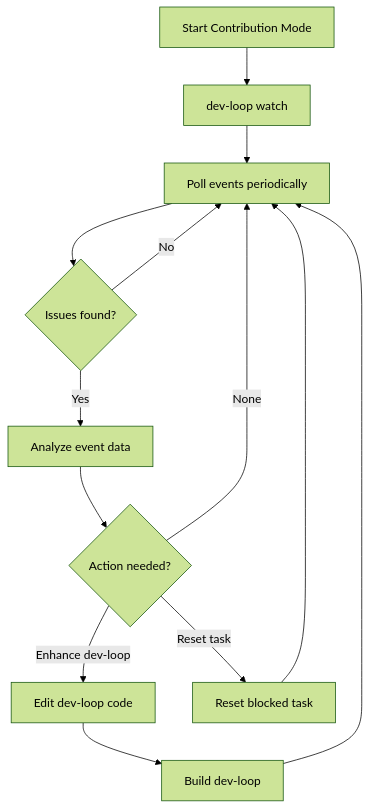
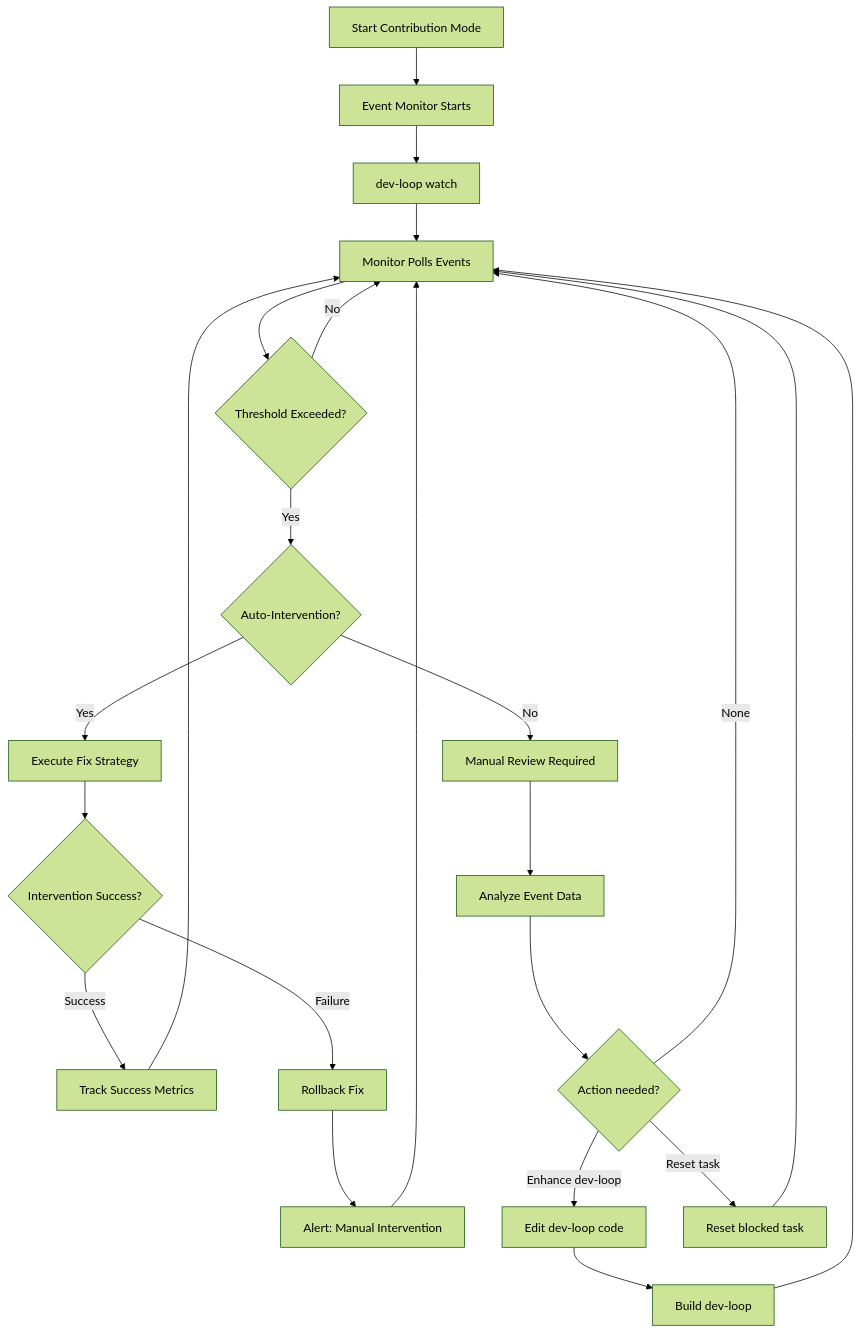
The fourth of 4 diagrams in docs/contributing/EVENT_STREAMING.md (jienckebd/dev-loop), drawn with Mermaid (forest theme) before and after one commit. The commit also changed other lines of this file and 8 other files, not shown here.

````diff
--- a/docs/contributing/EVENT_STREAMING.md
+++ b/docs/contributing/EVENT_STREAMING.md
@@ -369,15 +789,25 @@
 ```mermaid
 flowchart TD
-    Start[Start Contribution Mode] --> Watch[dev-loop watch]
-    Watch --> Poll[Poll events periodically]
-    Poll --> Check{Issues found?}
-    Check -->|No| Poll
-    Check -->|Yes| Analyze[Analyze event data]
+    Start[Start Contribution Mode] --> Monitor[Event Monitor Starts]
+    Monitor --> Watch[dev-loop watch]
+    Watch --> Poll[Monitor Polls Events]
+    Poll --> Threshold{Threshold Exceeded?}
+    Threshold -->|No| Poll
+    Threshold -->|Yes| AutoIntervene{Auto-Intervention?}
+    AutoIntervene -->|Yes| Execute[Execute Fix Strategy]
+    AutoIntervene -->|No| Manual[Manual Review Required]
+    Execute --> Validate{Intervention Success?}
+    Validate -->|Success| Track[Track Success Metrics]
+    Validate -->|Failure| Rollback[Rollback Fix]
+    Track --> Poll
+    Rollback --> Alert[Alert: Manual Intervention]
+    Manual --> Analyze[Analyze Event Data]
     Analyze --> Action{Action needed?}
     Action -->|Enhance dev-loop| Edit[Edit dev-loop code]
     Action -->|Reset task| Reset[Reset blocked task]
     Action -->|None| Poll
     Edit --> Build[Build dev-loop]
     Build --> Poll
     Reset --> Poll
+    Alert --> Poll
 ```
````
